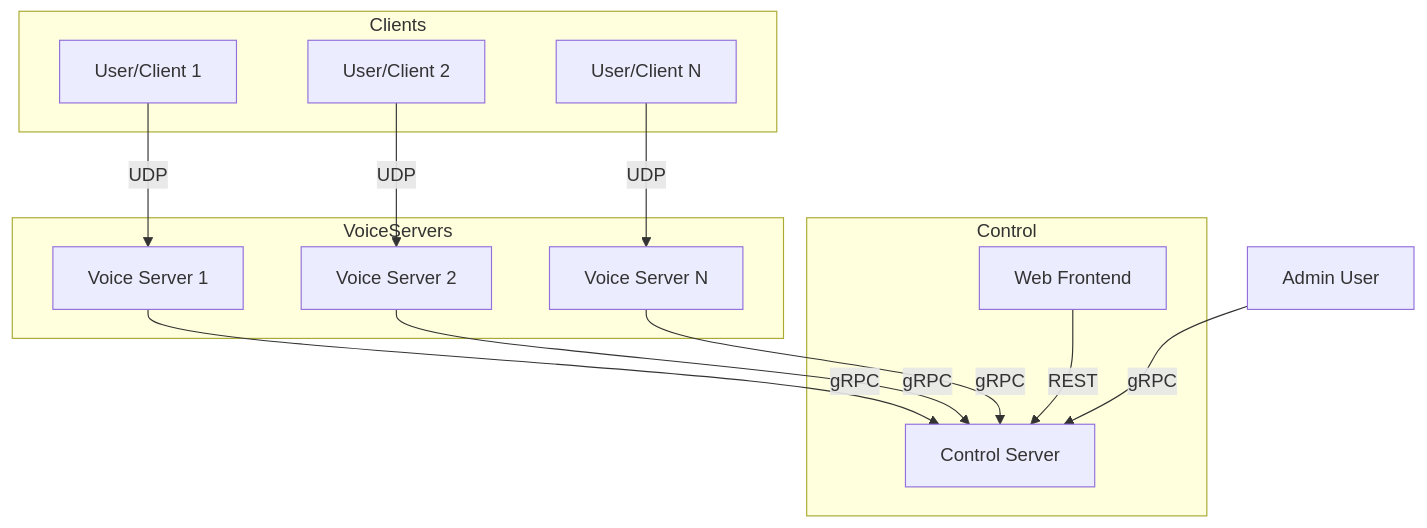
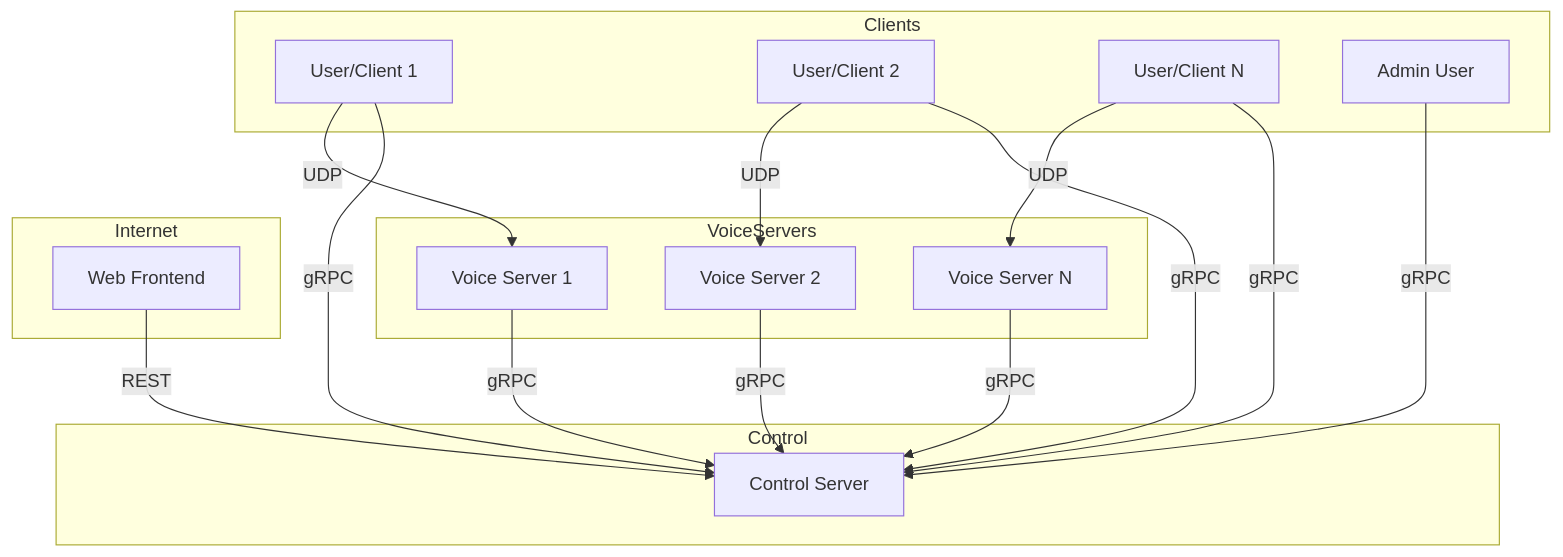
One commit to FPGSchiba/vcs-srs-server changed the third of 4 diagrams in README.md. Above: the diagram before and after it, drawn with Mermaid. The commit also changed 15 other files, not shown here.

````diff
--- a/README.md
+++ b/README.md
@@ -113,31 +113,39 @@
 ```mermaid
 flowchart TD
-    subgraph Clients
-        Client1[User/Client 1]
-        Client2[User/Client 2]
-        ClientN[User/Client N]
-    end
+  subgraph Clients
+    Client1[User/Client 1]
+    Client2[User/Client 2]
+    ClientN[User/Client N]
+    AdminUser[Admin User]
+  end
 
-    subgraph VoiceServers
-        VoiceServer1[Voice Server 1]
-        VoiceServer2[Voice Server 2]
-        VoiceServerN[Voice Server N]
-    end
+  subgraph VoiceServers
+    VoiceServer1[Voice Server 1]
+    VoiceServer2[Voice Server 2]
+    VoiceServerN[Voice Server N]
+  end
 
-    subgraph Control
-        ControlServer[Control Server]
-        Frontend[Web Frontend]
-    end
+  subgraph Control
+    ControlServer[Control Server]
+  end
+  
+  subgraph Internet
+    Frontend[Web Frontend]
+  end
 
-    Client1 -- UDP --> VoiceServer1
-    Client2 -- UDP --> VoiceServer2
-    ClientN -- UDP --> VoiceServerN
+  Client1 -- UDP --> VoiceServer1
+  Client2 -- UDP --> VoiceServer2
+  ClientN -- UDP --> VoiceServerN
 
-    VoiceServer1 -- gRPC --> ControlServer
-    VoiceServer2 -- gRPC --> ControlServer
-    VoiceServerN -- gRPC --> ControlServer
+  VoiceServer1 -- gRPC --> ControlServer
+  VoiceServer2 -- gRPC --> ControlServer
+  VoiceServerN -- gRPC --> ControlServer
 
-    Frontend -- REST --> ControlServer
+  Frontend -- REST --> ControlServer
 
-    AdminUser[Admin User] -- gRPC --> ControlServer
+  AdminUser -- gRPC --> ControlServer
+
+  Client1 -- gRPC --> ControlServer
+  Client2 -- gRPC --> ControlServer
+  ClientN -- gRPC --> ControlServer
 ```
````
